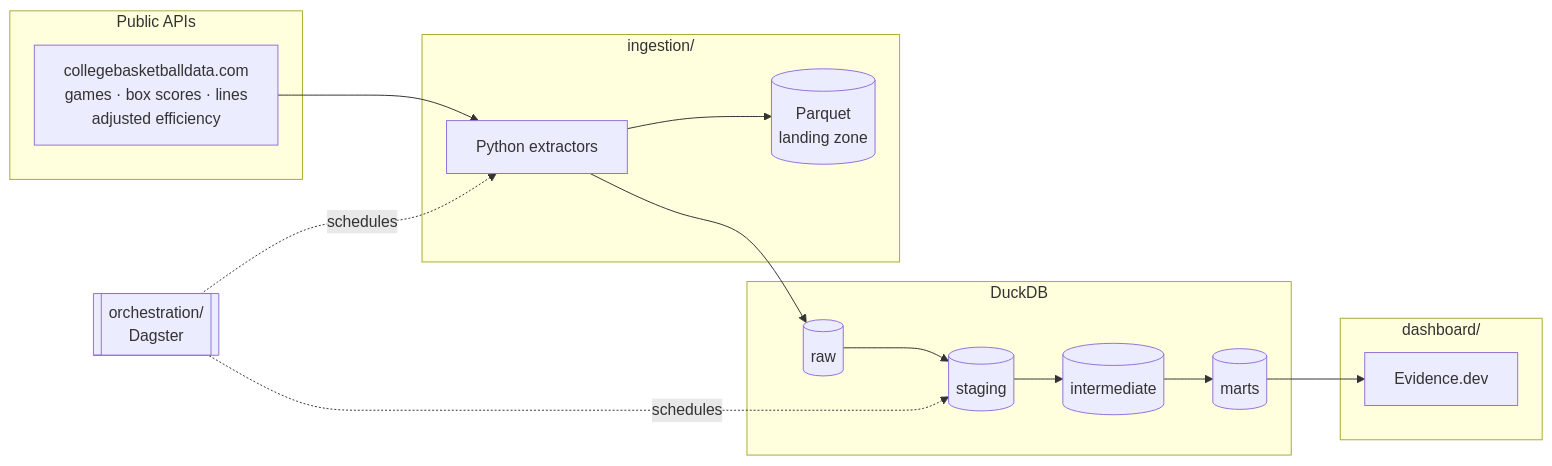
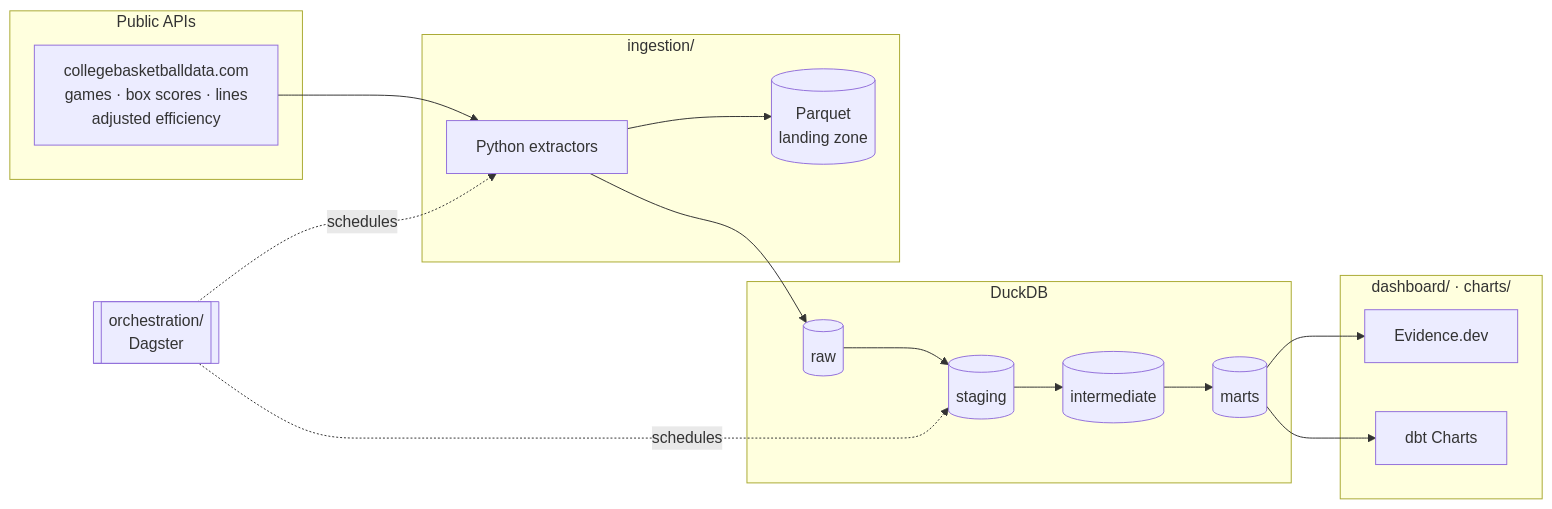
Before and after one commit to CameronSpilker/full-data-stack-lab: the diagram in README.md, drawn with Mermaid. The commit also changed other lines of this file and 14 other files, not shown here.

First line of the commit message:
Read the same marts a second way, with dbt Charts on /charts (#21)

````diff
--- a/README.md
+++ b/README.md
@@ -18,31 +18,33 @@
 ```mermaid
 flowchart LR
     subgraph sources[Public APIs]
         cbd[collegebasketballdata.com<br/>games · box scores · lines<br/>adjusted efficiency]
     end
 
     subgraph ingest[ingestion/]
         extract[Python extractors]
         parquet[(Parquet<br/>landing zone)]
     end
 
     subgraph warehouse[DuckDB]
         raw[(raw)]
         stg[(staging)]
         int[(intermediate)]
         marts[(marts)]
     end
 
-    subgraph present[dashboard/]
+    subgraph present[dashboard/ · charts/]
         evidence[Evidence.dev]
+        charts[dbt Charts]
     end
 
     cbd --> extract
     extract --> parquet
     extract --> raw
     raw --> stg --> int --> marts
     marts --> evidence
+    marts --> charts
 
     dagster[["orchestration/<br/>Dagster"]] -.schedules.-> extract
     dagster -.schedules.-> stg
 ```
````
